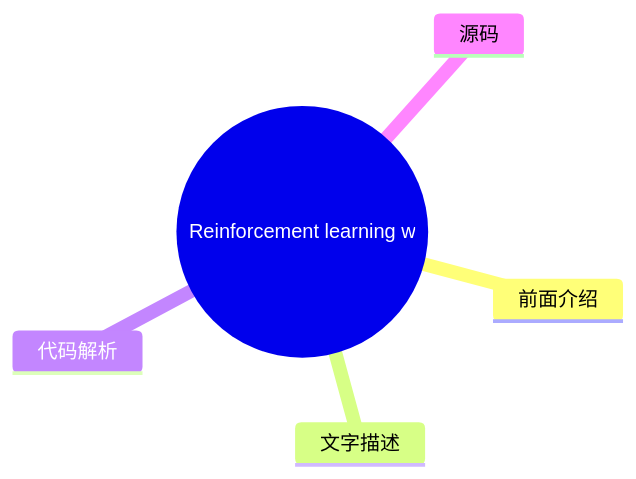
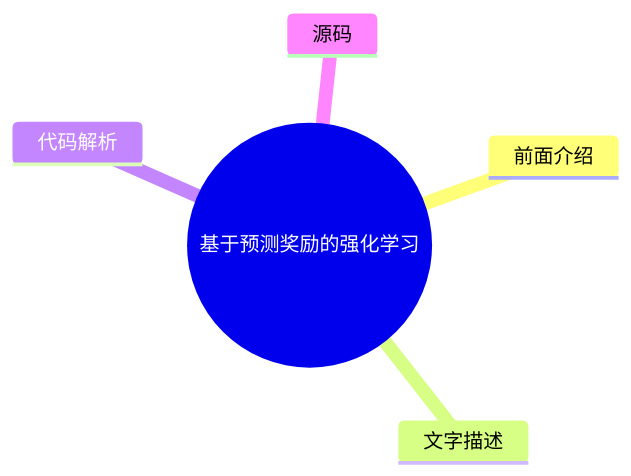
One commit to zhouxiaoqi2925/Obsidian changed the second of 2 diagrams in Inbox/OpenAI-2026-07-17.md. Above: the diagram before and after it, drawn with Mermaid. The commit also changed other lines of this file and 4 other files, not shown here.

````diff
--- a/Inbox/OpenAI-2026-07-17.md
+++ b/Inbox/OpenAI-2026-07-17.md
@@ -43,8 +43,8 @@
 ```mermaid
 mindmap
-  root((Reinforcement learning w))
+  root((基于预测奖励的强化学习))
     前面介绍
     文字描述
     代码解析
     源码
 ```
````
